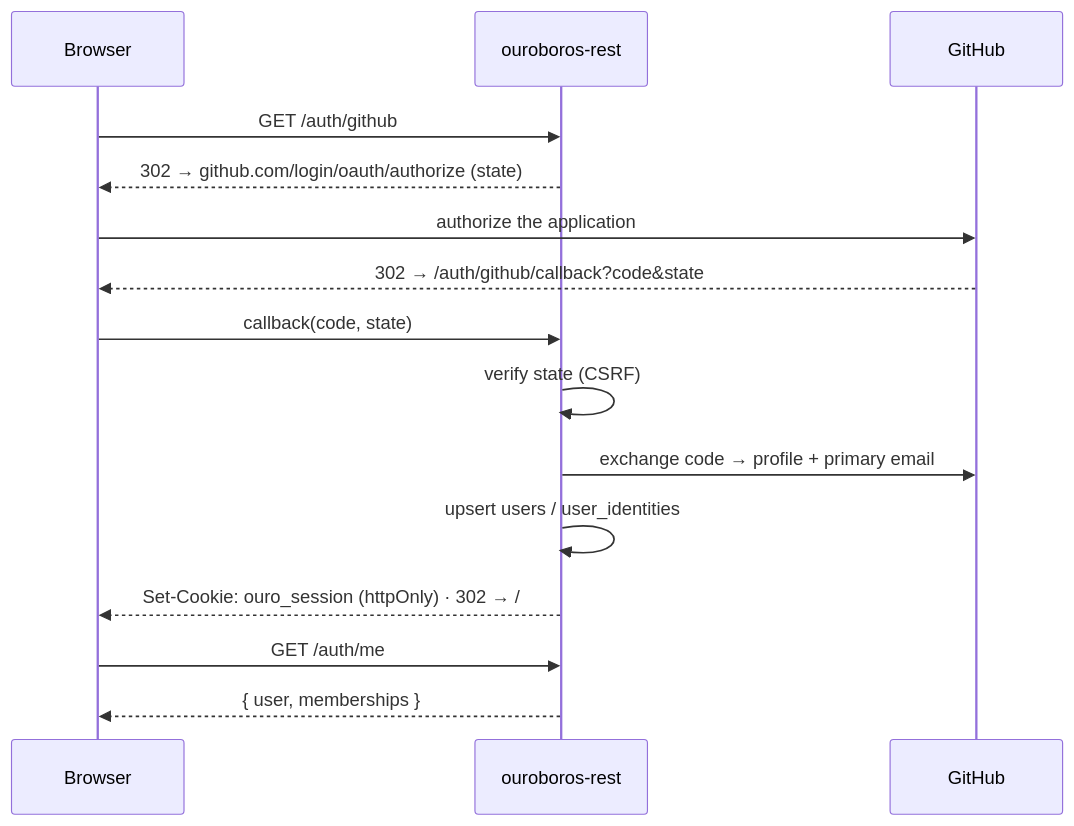
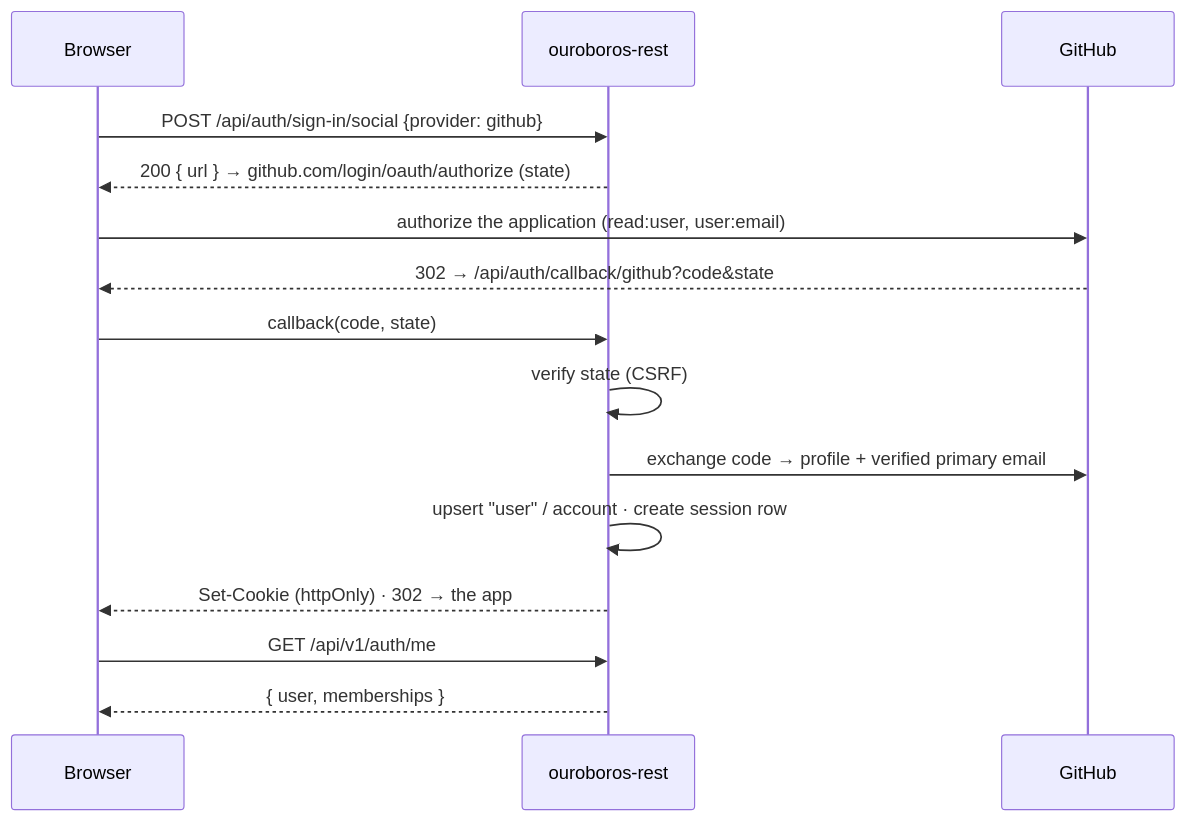
Before and after one commit to NobuData/ouroboros: the sixth of 8 diagrams in docs/ARCHITECTURE.md, drawn with Mermaid. The commit also changed other lines of this file and 44 other files, not shown here.

First line of the commit message:
Fix #702 - GitHub social provider (retiring the hand-rolled OAuth)

````diff
--- a/docs/ARCHITECTURE.md
+++ b/docs/ARCHITECTURE.md
@@ -348,18 +352,18 @@
 ```mermaid
 sequenceDiagram
     participant B as Browser
     participant R as ouroboros-rest
     participant G as GitHub
 
-    B->>R: GET /auth/github
-    R-->>B: 302 → github.com/login/oauth/authorize (state)
-    B->>G: authorize the application
-    G-->>B: 302 → /auth/github/callback?code&state
+    B->>R: POST /api/auth/sign-in/social {provider: github}
+    R-->>B: 200 { url } → github.com/login/oauth/authorize (state)
+    B->>G: authorize the application (read:user, user:email)
+    G-->>B: 302 → /api/auth/callback/github?code&state
     B->>R: callback(code, state)
     R->>R: verify state (CSRF)
-    R->>G: exchange code → profile + primary email
-    R->>R: upsert users / user_identities
-    R-->>B: Set-Cookie: ouro_session (httpOnly) · 302 → /
-    B->>R: GET /auth/me
+    R->>G: exchange code → profile + verified primary email
+    R->>R: upsert "user" / account · create session row
+    R-->>B: Set-Cookie (httpOnly) · 302 → the app
+    B->>R: GET /api/v1/auth/me
     R-->>B: { user, memberships }
 ```
````
